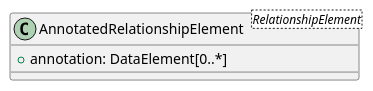
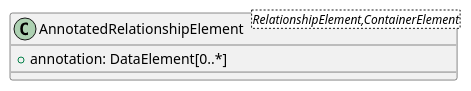
The diagram in documentation/IDTA-01001/modules/ROOT/partials/diagrams/classes/annotated-relationship-element.puml (admin-shell-io/aas-specs), drawn with PlantUML before and after one commit. The commit also changed 3 other files, not shown here.

Commit message:
inherit from ContainerElement, not from SubmodelElement

```diff
--- a/documentation/IDTA-01001/modules/ROOT/partials/diagrams/classes/annotated-relationship-element.puml
+++ b/documentation/IDTA-01001/modules/ROOT/partials/diagrams/classes/annotated-relationship-element.puml
@@ -1,5 +1,5 @@
 @startuml
-class AnnotatedRelationshipElement<RelationshipElement> {
+class AnnotatedRelationshipElement<RelationshipElement,ContainerElement> {
   +annotation: DataElement[0..*]
 }
 @enduml
```
